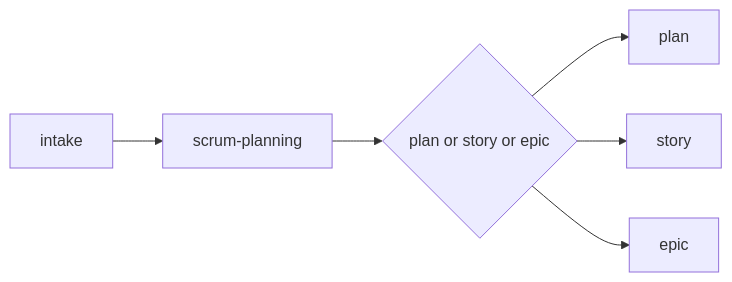
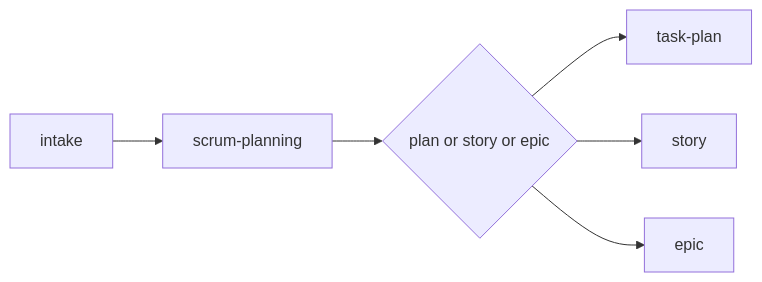
One commit to djalmajr/essential-skills changed the diagram in skills/agile-planning-router/SKILL.md. Above: the diagram before and after it, drawn with Mermaid. The commit also changed other lines of this file and 29 other files, not shown here.

First line of the commit message:
Rename agile-plan to agile-task-plan, remove all sizing codes

````diff
--- a/skills/agile-planning-router/SKILL.md
+++ b/skills/agile-planning-router/SKILL.md
@@ -84,8 +86,8 @@
 ```mermaid
 flowchart LR
     A[intake] --> B[scrum-planning]
     B --> C{plan or story or epic}
-    C --> D[plan]
+    C --> D["task-plan"]
     C --> E[story]
     C --> F[epic]
 ```
````
